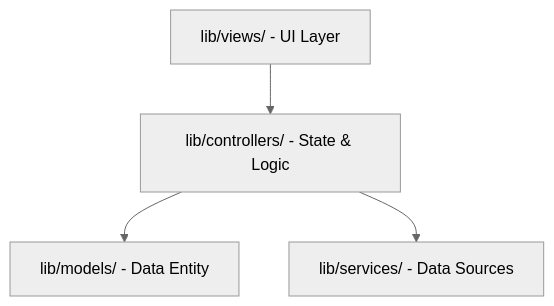
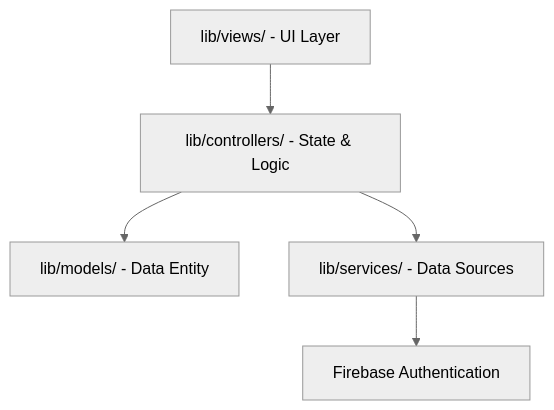
One commit to aldosebastian1/projectku-app changed the diagram in documentation/PROJECT_DOCUMENTATION.md. Above: the diagram before and after it, drawn with Mermaid (neutral theme). The commit also changed other lines of this file, not shown here.

Commit message:
Perbarui dokumentasi: tambahkan informasi tentang autentikasi Firebase dan perbarui penjelasan struktur layanan

````diff
--- a/documentation/PROJECT_DOCUMENTATION.md
+++ b/documentation/PROJECT_DOCUMENTATION.md
@@ -23,6 +24,7 @@
 ```mermaid
 graph TD
     View[lib/views/ - UI Layer] --> Controller[lib/controllers/ - State & Logic]
     Controller --> Model[lib/models/ - Data Entity]
     Controller --> Service[lib/services/ - Data Sources]
+    Service --> Auth[Firebase Authentication]
 ```
````
